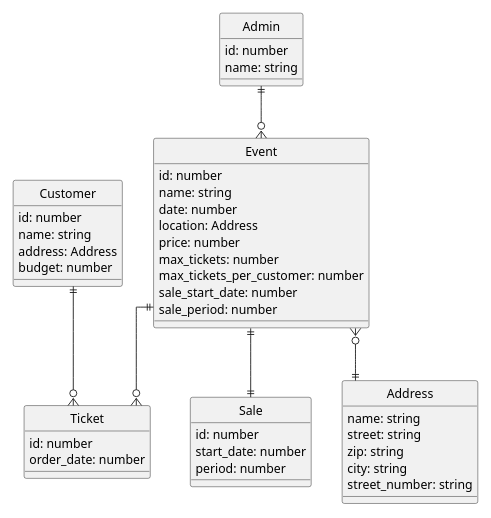
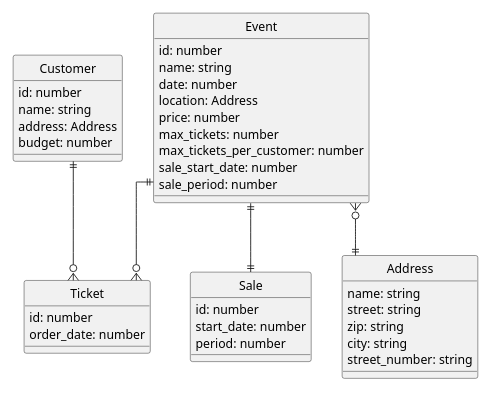
Before and after one commit to DHBW-VS-WI17B/assignment-abe1-b1: the diagram in docs/diagrams/er.puml, drawn with PlantUML.

Commit message:
docs: update er diagram

```diff
--- a/docs/diagrams/er.puml
+++ b/docs/diagrams/er.puml
@@ -1,52 +1,47 @@
 @startuml
 
 scale 0.7
 
 hide circle
 skinparam linetype ortho
 
 entity "Event" as event {
     id: number
     name: string
     date: number
     location: Address
     price: number
     max_tickets: number
     max_tickets_per_customer: number
     sale_start_date: number
     sale_period: number
 }   
 entity "Ticket" as ticket {
     id: number
     order_date: number
 }
 entity "Customer" as customer {
     id: number
     name: string
     address: Address
     budget: number
 }
 entity "Sale" as sale {
     id: number
     start_date: number
     period: number
 }
 entity "Address" as address {
     name: string
     street: string
     zip: string
     city: string
     street_number: string
 }
-entity "Admin" as admin {
-    id: number
-    name: string
-}
 
 event ||--o{ ticket
 event }o--|| address
 event ||--|| sale
 customer ||--o{ ticket
-admin ||--o{ event
 
 @enduml
```
